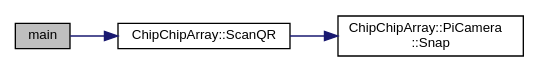
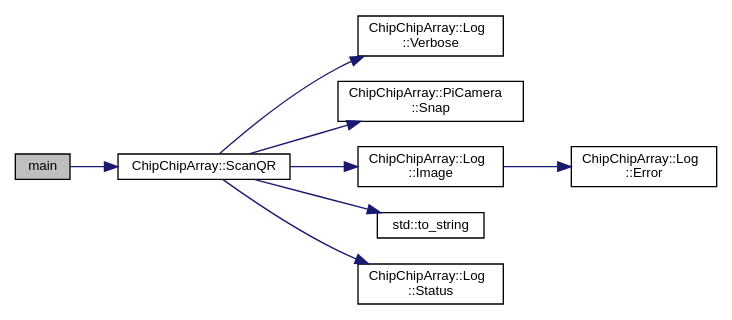
Before and after one commit to sawbg/chip-chip-array: the diagram in doc/rtf/qr__test_8cpp_ae66f6b31b5ad750f1fe042a706a4e3d4_cgraph.dot, drawn with Graphviz. The commit also changed 236 other files, not shown here.

```diff
--- a/doc/rtf/qr__test_8cpp_ae66f6b31b5ad750f1fe042a706a4e3d4_cgraph.dot
+++ b/doc/rtf/qr__test_8cpp_ae66f6b31b5ad750f1fe042a706a4e3d4_cgraph.dot
@@ -1,11 +1,21 @@
 digraph "main"
 {
   edge [fontname="Helvetica",fontsize="10",labelfontname="Helvetica",labelfontsize="10"];
   node [fontname="Helvetica",fontsize="10",shape=record];
   rankdir="LR";
   Node1 [label="main",height=0.2,width=0.4,color="black", fillcolor="grey75", style="filled", fontcolor="black"];
   Node1 -> Node2 [color="midnightblue",fontsize="10",style="solid",fontname="Helvetica"];
   Node2 [label="ChipChipArray::ScanQR",height=0.2,width=0.4,color="black", fillcolor="white", style="filled",URL="$namespaceChipChipArray.html#a6c7465049b5d408e1a238b6d8ffa887d"];
   Node2 -> Node3 [color="midnightblue",fontsize="10",style="solid",fontname="Helvetica"];
-  Node3 [label="ChipChipArray::PiCamera\l::Snap",height=0.2,width=0.4,color="black", fillcolor="white", style="filled",URL="$classChipChipArray_1_1PiCamera.html#a58fb0de02570dce9a9cb60a1a04fb84f"];
+  Node3 [label="ChipChipArray::Log\l::Verbose",height=0.2,width=0.4,color="black", fillcolor="white", style="filled",URL="$classChipChipArray_1_1Log.html#a154a5f38d9c7a767693b242684a3d4d9"];
+  Node2 -> Node4 [color="midnightblue",fontsize="10",style="solid",fontname="Helvetica"];
+  Node4 [label="ChipChipArray::PiCamera\l::Snap",height=0.2,width=0.4,color="black", fillcolor="white", style="filled",URL="$classChipChipArray_1_1PiCamera.html#a58fb0de02570dce9a9cb60a1a04fb84f"];
+  Node2 -> Node5 [color="midnightblue",fontsize="10",style="solid",fontname="Helvetica"];
+  Node5 [label="ChipChipArray::Log\l::Image",height=0.2,width=0.4,color="black", fillcolor="white", style="filled",URL="$classChipChipArray_1_1Log.html#a65bbab057c8b1453f9e4efcfee7522c4"];
+  Node5 -> Node6 [color="midnightblue",fontsize="10",style="solid",fontname="Helvetica"];
+  Node6 [label="ChipChipArray::Log\l::Error",height=0.2,width=0.4,color="black", fillcolor="white", style="filled",URL="$classChipChipArray_1_1Log.html#aba7b7b0555f49f4dcf15f4b9fd3e6b34"];
+  Node2 -> Node7 [color="midnightblue",fontsize="10",style="solid",fontname="Helvetica"];
+  Node7 [label="std::to_string",height=0.2,width=0.4,color="black", fillcolor="white", style="filled",URL="$namespacestd.html#aa5ddf582a1c96ffe258c997be9a294a3"];
+  Node2 -> Node8 [color="midnightblue",fontsize="10",style="solid",fontname="Helvetica"];
+  Node8 [label="ChipChipArray::Log\l::Status",height=0.2,width=0.4,color="black", fillcolor="white", style="filled",URL="$classChipChipArray_1_1Log.html#a66575b6e94c6112e4cefa5736cb996e0"];
 }
```
